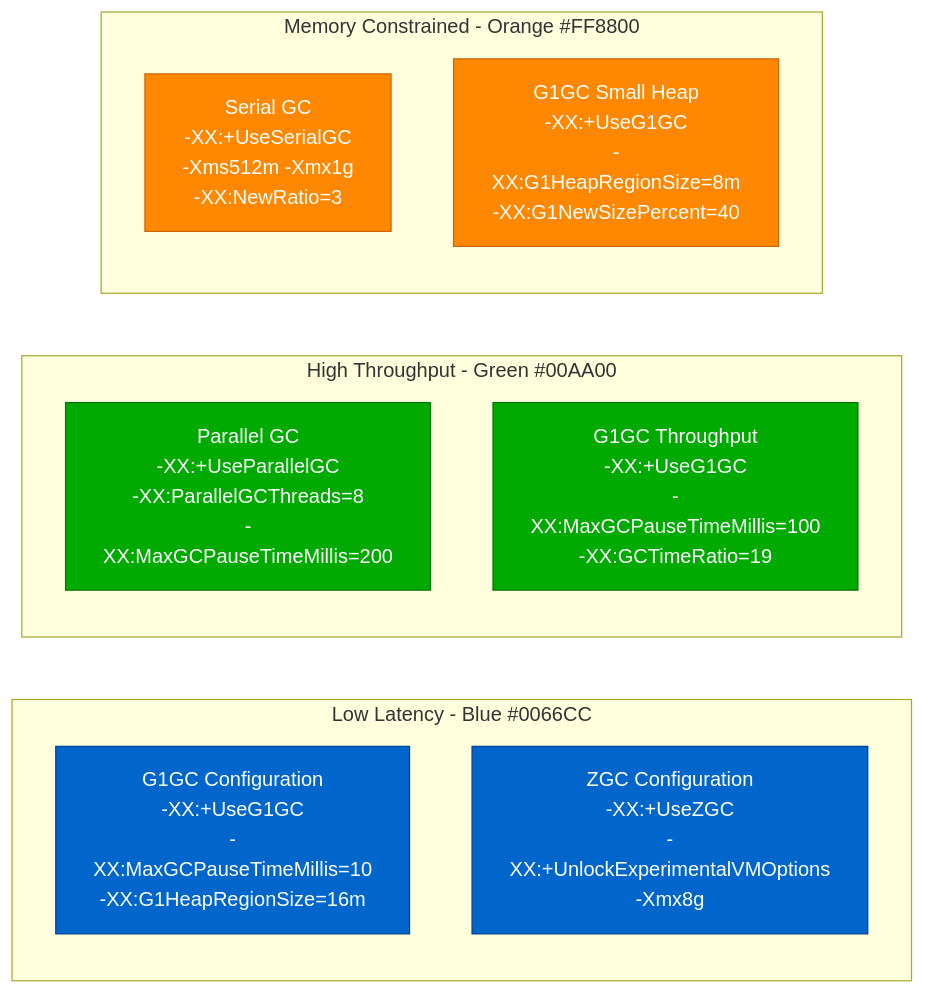
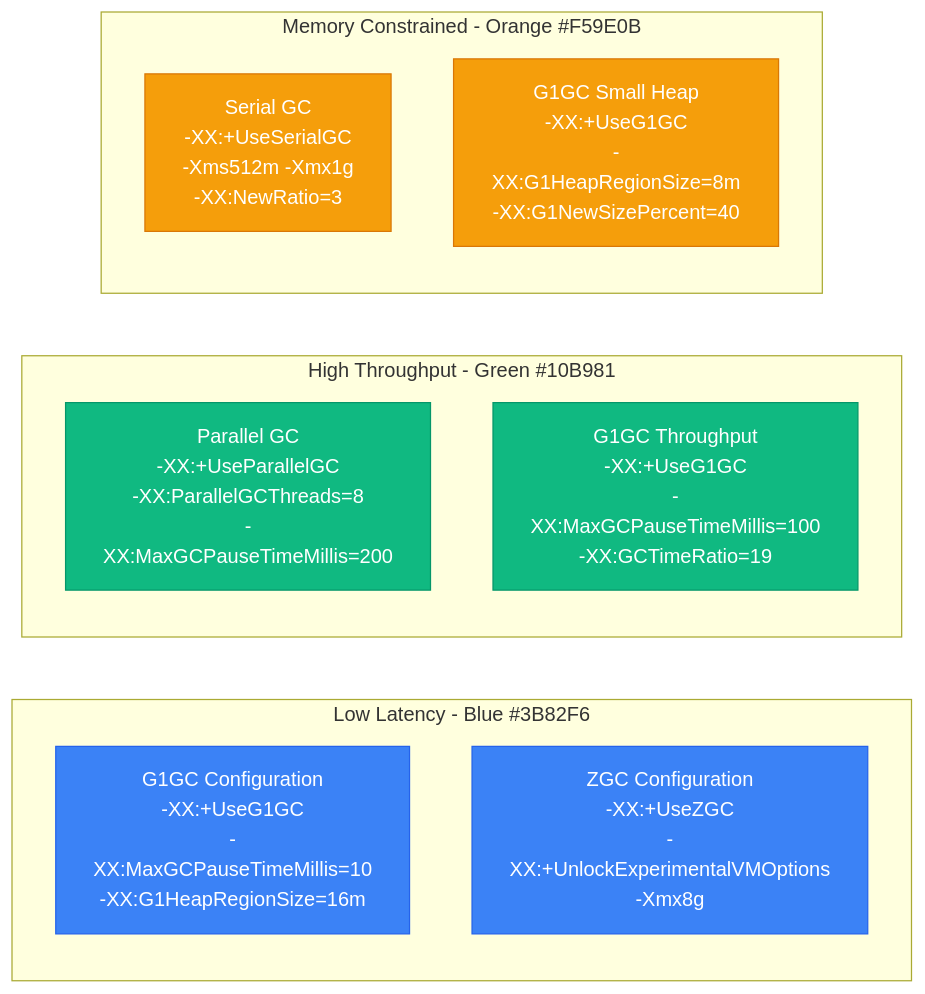
One commit to deepaucksharma/DS changed the third of 3 diagrams in site/docs/debugging/java-gc-tuning-debugging.md. Above: the diagram before and after it, drawn with Mermaid. The commit also changed other lines of this file and 187 other files, not shown here.

````diff
--- a/site/docs/debugging/java-gc-tuning-debugging.md
+++ b/site/docs/debugging/java-gc-tuning-debugging.md
@@ -206,25 +206,25 @@
 ```mermaid
 graph LR
-    subgraph LowLatency[Low Latency - Blue #0066CC]
+    subgraph LowLatency[Low Latency - Blue #3B82F6]
         G1_LOW[G1GC Configuration<br/>-XX:+UseG1GC<br/>-XX:MaxGCPauseTimeMillis=10<br/>-XX:G1HeapRegionSize=16m]
         ZGC_LOW[ZGC Configuration<br/>-XX:+UseZGC<br/>-XX:+UnlockExperimentalVMOptions<br/>-Xmx8g]
     end
 
-    subgraph HighThroughput[High Throughput - Green #00AA00]
+    subgraph HighThroughput[High Throughput - Green #10B981]
         PARALLEL_HIGH[Parallel GC<br/>-XX:+UseParallelGC<br/>-XX:ParallelGCThreads=8<br/>-XX:MaxGCPauseTimeMillis=200]
         G1_HIGH[G1GC Throughput<br/>-XX:+UseG1GC<br/>-XX:MaxGCPauseTimeMillis=100<br/>-XX:GCTimeRatio=19]
     end
 
-    subgraph MemoryConstrained[Memory Constrained - Orange #FF8800]
+    subgraph MemoryConstrained[Memory Constrained - Orange #F59E0B]
         SERIAL_MEM[Serial GC<br/>-XX:+UseSerialGC<br/>-Xms512m -Xmx1g<br/>-XX:NewRatio=3]
         G1_MEM[G1GC Small Heap<br/>-XX:+UseG1GC<br/>-XX:G1HeapRegionSize=8m<br/>-XX:G1NewSizePercent=40]
     end
 
-    classDef lowLatencyStyle fill:#0066CC,stroke:#004499,color:#fff
-    classDef highThroughputStyle fill:#00AA00,stroke:#007700,color:#fff
-    classDef memConstrainedStyle fill:#FF8800,stroke:#CC6600,color:#fff
+    classDef lowLatencyStyle fill:#3B82F6,stroke:#2563EB,color:#fff
+    classDef highThroughputStyle fill:#10B981,stroke:#059669,color:#fff
+    classDef memConstrainedStyle fill:#F59E0B,stroke:#D97706,color:#fff
 
     class G1_LOW,ZGC_LOW lowLatencyStyle
     class PARALLEL_HIGH,G1_HIGH highThroughputStyle
     class SERIAL_MEM,G1_MEM memConstrainedStyle
 ```
````
